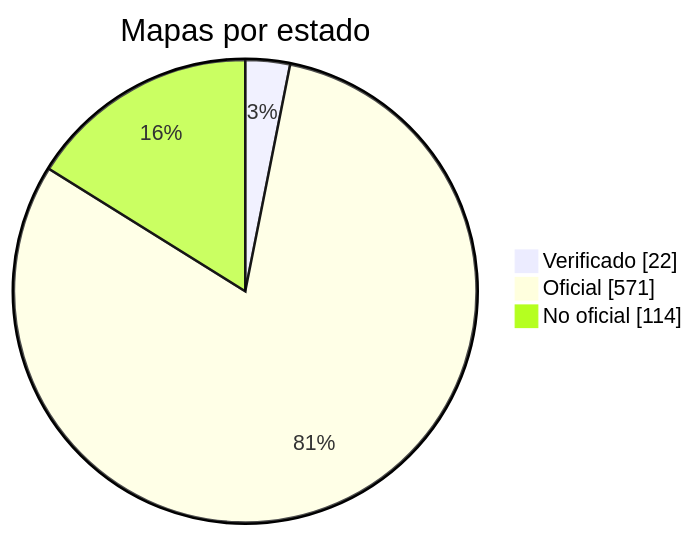
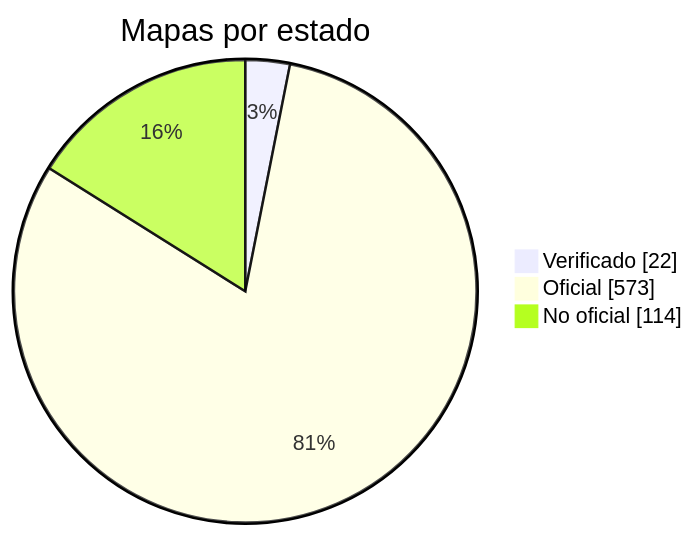
The diagram in docs/readme/README_ES.md (nobrega8/mbmap-library), drawn with Mermaid before and after one commit. The commit also changed 7 other files, not shown here.

````diff
--- a/docs/readme/README_ES.md
+++ b/docs/readme/README_ES.md
@@ -54,7 +54,7 @@
 ```mermaid
 pie showData
     title Mapas por estado
     "Verificado" : 22
-    "Oficial" : 571
+    "Oficial" : 573
     "No oficial" : 114
 ```
````
